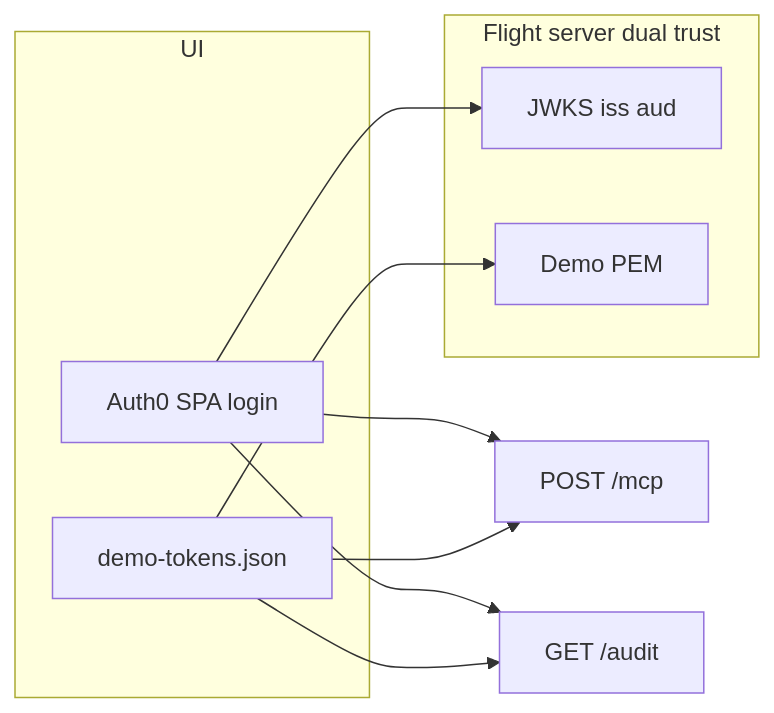
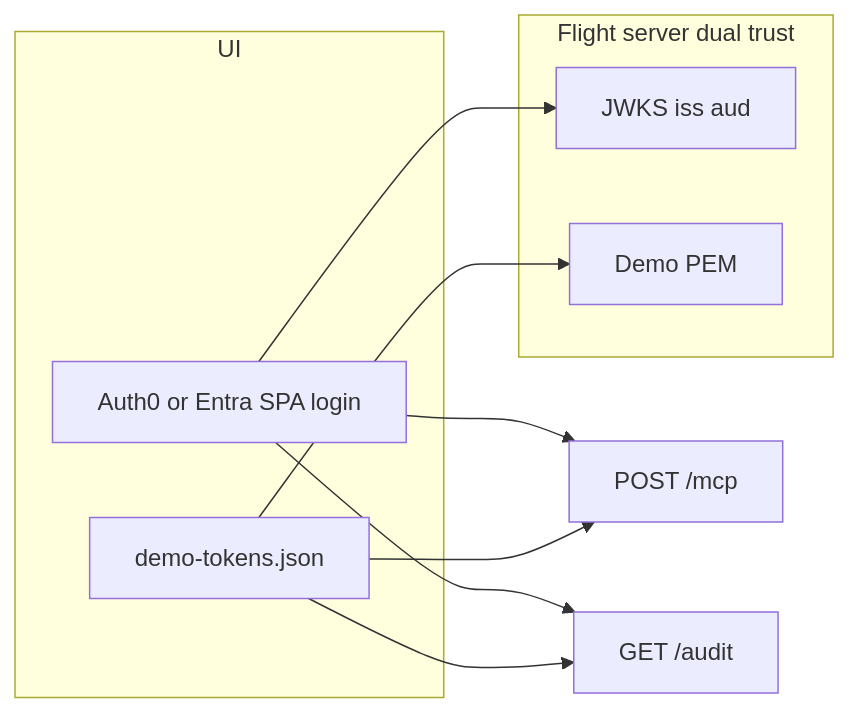
Before and after one commit to peterkrentel/mcp-tool-guard: the fourth of 4 diagrams in docs/ARCHITECTURE.md, drawn with Mermaid. The commit also changed other lines of this file and 12 other files, not shown here.

Commit message:
docs: describe the Auth0-or-Entra identity model; add post-cutover roadmap (BL-054..058)

````diff
--- a/docs/ARCHITECTURE.md
+++ b/docs/ARCHITECTURE.md
@@ -171,17 +171,17 @@
 ```mermaid
 flowchart LR
   subgraph ui [UI]
     Guest[demo-tokens.json]
-    Auth0[Auth0 SPA login]
+    Auth0[Auth0 or Entra SPA login]
   end
   subgraph verify [Flight server dual trust]
     JWKS[JWKS iss aud]
     PEM[Demo PEM]
   end
   Guest --> PEM
   Auth0 --> JWKS
   Guest --> MCP[POST /mcp]
   Auth0 --> MCP
   Guest --> Audit[GET /audit]
   Auth0 --> Audit
 ```
````
